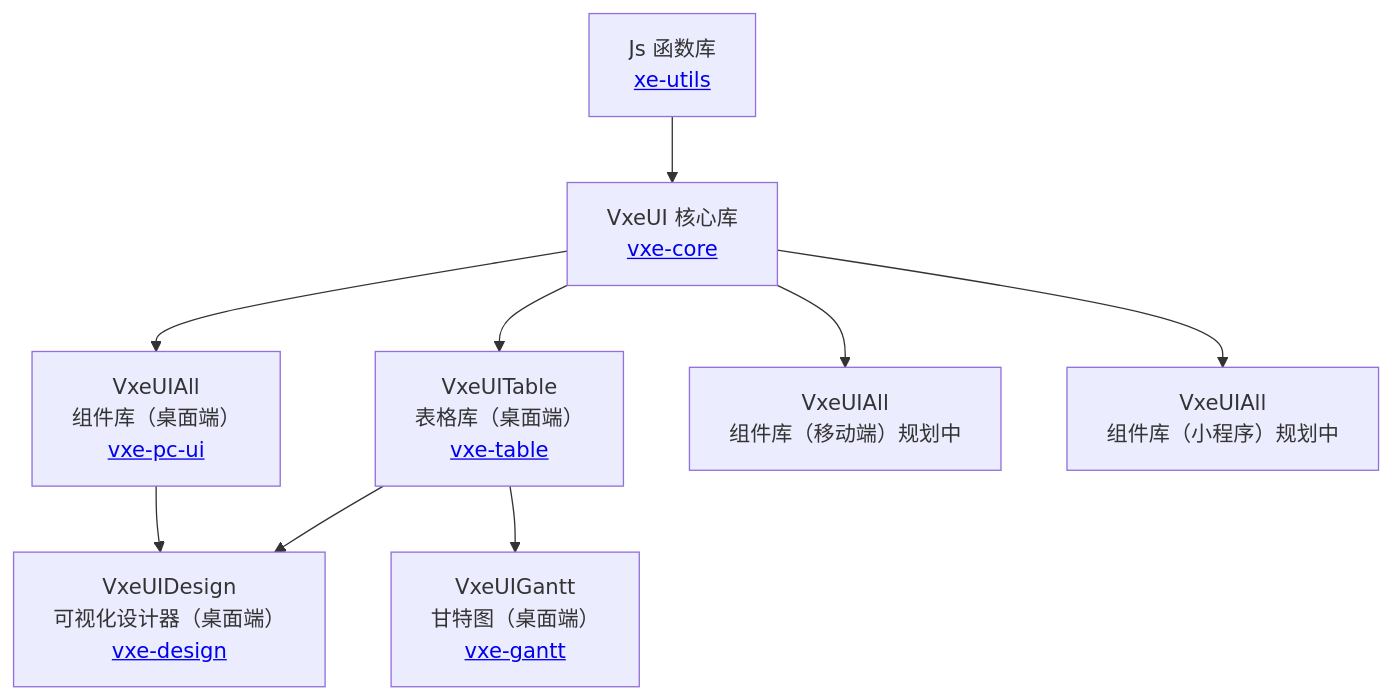
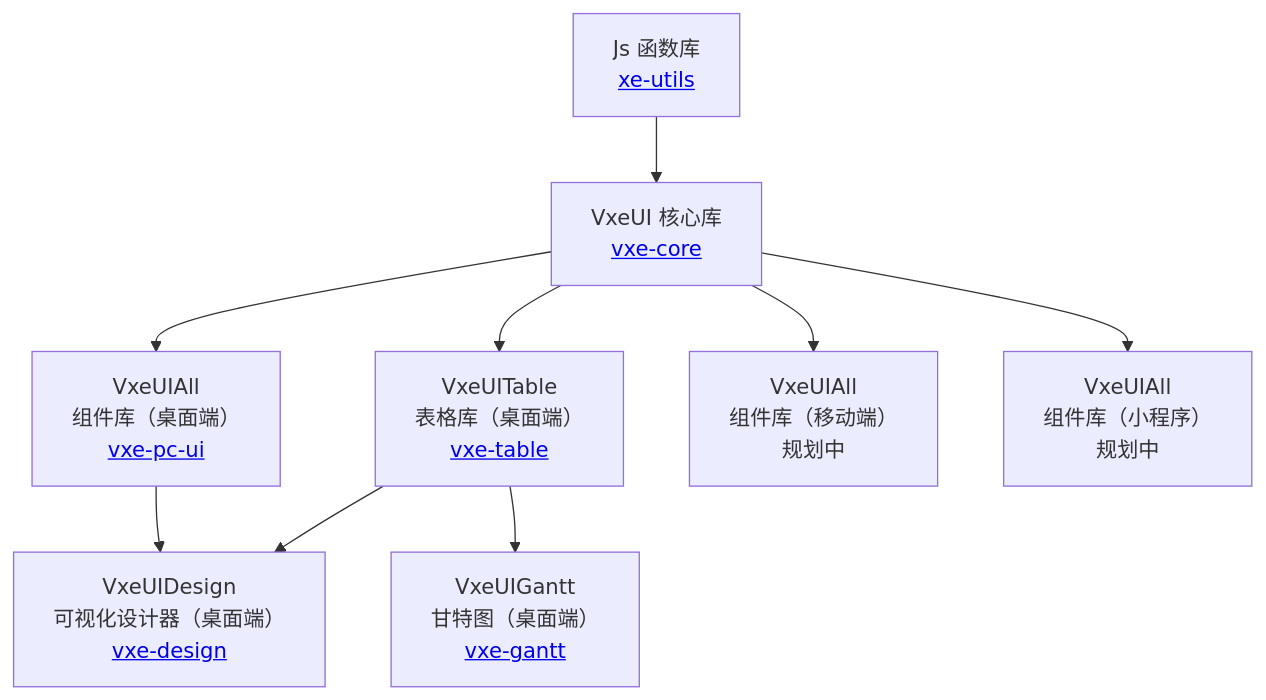
One commit to x-extends/vxe-ui-docs changed the first of 4 diagrams in framework.md. Above: the diagram before and after it, drawn with Mermaid.

````diff
--- a/framework.md
+++ b/framework.md
@@ -3,11 +3,11 @@
 ```mermaid
 graph TD;
     xe-utils[Js 函数库<br><a href="https://github.com/x-extends/xe-utils" target="_blank">xe-utils</a>]-->vxe-core[VxeUI 核心库<br><a href="https://github.com/x-extends/vxe-core" target="_blank">vxe-core</a>];
     vxe-core-->vxe-pc-ui[VxeUIAll<br>组件库（桌面端）<br><a href="https://github.com/x-extends/vxe-pc-ui" target="_blank">vxe-pc-ui</a>];
     vxe-core-->vxe-table[VxeUITable<br>表格库（桌面端）<br><a href="https://github.com/x-extends/vxe-table" target="_blank">vxe-table</a>];
-    vxe-core-->vxe-mobile-ui[VxeUIAll<br>组件库（移动端）规划中];
-    vxe-core-->vxe-mini-ui[VxeUIAll<br>组件库（小程序）规划中];
+    vxe-core-->vxe-mobile-ui[VxeUIAll<br>组件库（移动端）<br>规划中];
+    vxe-core-->vxe-mini-ui[VxeUIAll<br>组件库（小程序）<br>规划中];
     vxe-table-->vxe-gantt[VxeUIGantt<br>甘特图（桌面端）<br><a href="https://github.com/x-extends/vxe-gantt" target="_blank">vxe-gantt</a>];
     vxe-pc-ui-->vxe-design[VxeUIDesign<br>可视化设计器（桌面端）<br><a href="https://github.com/x-extends/vxe-design" target="_blank">vxe-design</a>];
     vxe-table-->vxe-design;
 ```
````
